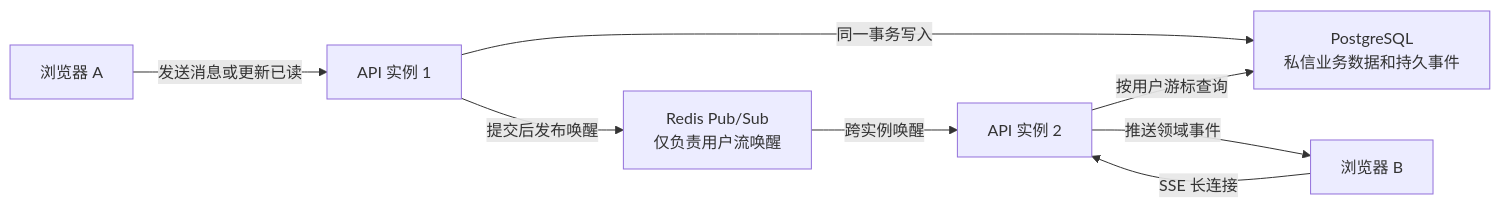
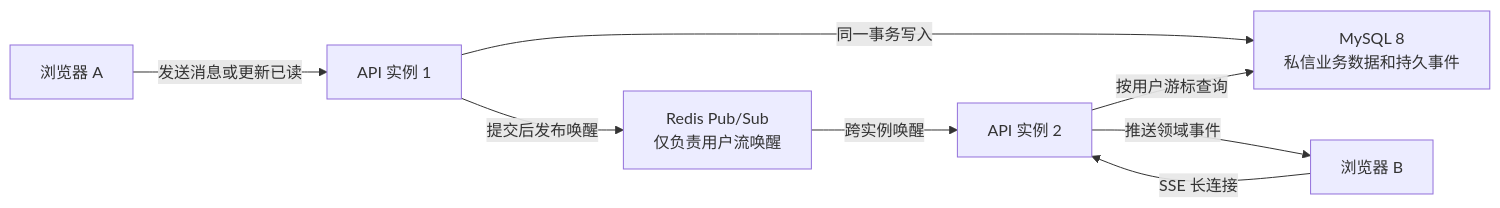
One commit to sakuralike/md5 changed the first of 2 diagrams in 项目文档/设计/WP5-I10-私信实时事件设计.md. Above: the diagram before and after it, drawn with Mermaid. The commit also changed other lines of this file and 1 other file, not shown here.

Commit message:
docs(community): align realtime design with MySQL

````diff
--- a/项目文档/设计/WP5-I10-私信实时事件设计.md
+++ b/项目文档/设计/WP5-I10-私信实时事件设计.md
@@ -36,17 +36,17 @@
 ```mermaid
 flowchart LR
     BrowserA["浏览器 A"]
     BrowserB["浏览器 B"]
     API1["API 实例 1"]
     API2["API 实例 2"]
-    DB["PostgreSQL<br/>私信业务数据和持久事件"]
+    DB["MySQL 8<br/>私信业务数据和持久事件"]
     Redis["Redis Pub/Sub<br/>仅负责用户流唤醒"]
 
     BrowserA -->|"发送消息或更新已读"| API1
     API1 -->|"同一事务写入"| DB
     API1 -->|"提交后发布唤醒"| Redis
     BrowserB -->|"SSE 长连接"| API2
     Redis -->|"跨实例唤醒"| API2
     API2 -->|"按用户游标查询"| DB
     API2 -->|"推送领域事件"| BrowserB
 ```
````
